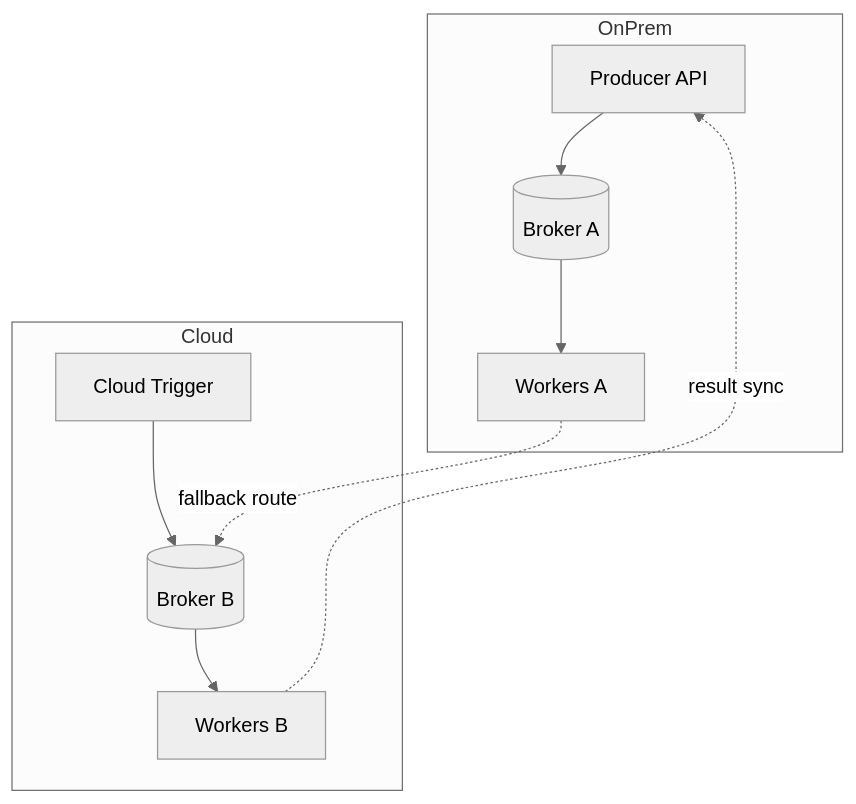
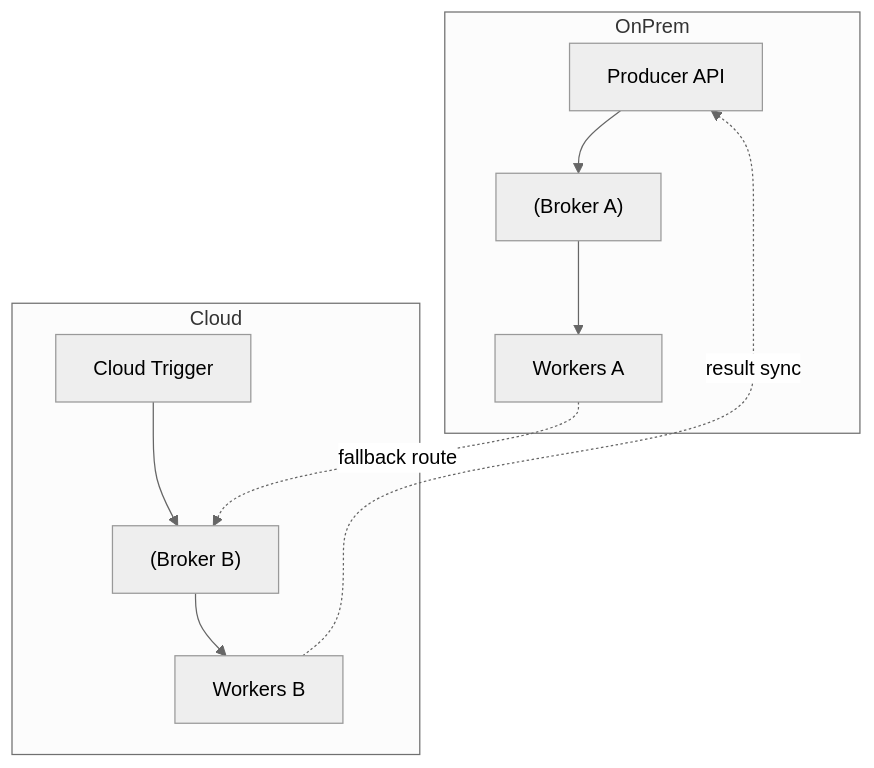
The first of 2 diagrams in directions/services/celery/pact/24_edge_cases_redkie_scenarii_i_tonkie_mesta/17_24_24_7_celery_v_gibridnykh_environments.md (DDoSKudya/ai-study-atlas), drawn with Mermaid (neutral theme) before and after one commit. The commit also changed other lines of this file and 322 other files, not shown here.

Commit message:
fix(docs): make mermaid diagrams GitHub-compatible across directions content

````diff
--- a/directions/services/celery/pact/24_edge_cases_redkie_scenarii_i_tonkie_mesta/17_24_24_7_celery_v_gibridnykh_environments.md
+++ b/directions/services/celery/pact/24_edge_cases_redkie_scenarii_i_tonkie_mesta/17_24_24_7_celery_v_gibridnykh_environments.md
@@ -35,17 +35,17 @@
 ```mermaid
 flowchart TB
     subgraph OnPrem
-        OP1[Producer API]
-        OB[(Broker A)]
-        OW[Workers A]
+        OP1["Producer API"]
+        OB["(Broker A)"]
+        OW["Workers A"]
     end
     subgraph Cloud
-        CP[Cloud Trigger]
-        CB[(Broker B)]
-        CW[Workers B]
+        CP["Cloud Trigger"]
+        CB["(Broker B)"]
+        CW["Workers B"]
     end
     OP1 --> OB --> OW
     CP --> CB --> CW
     OW -. fallback route .-> CB
     CW -. result sync .-> OP1
 ```
````
